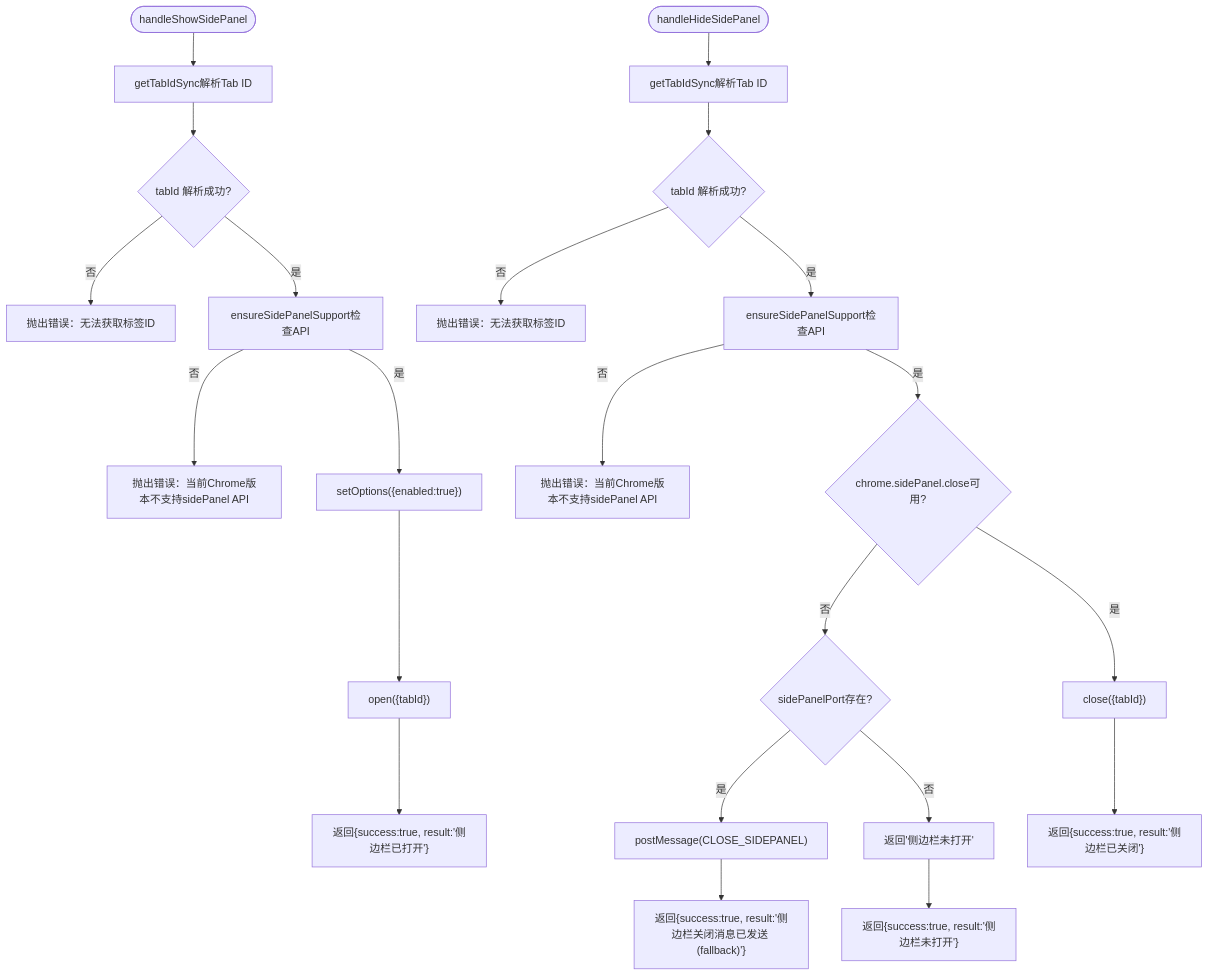
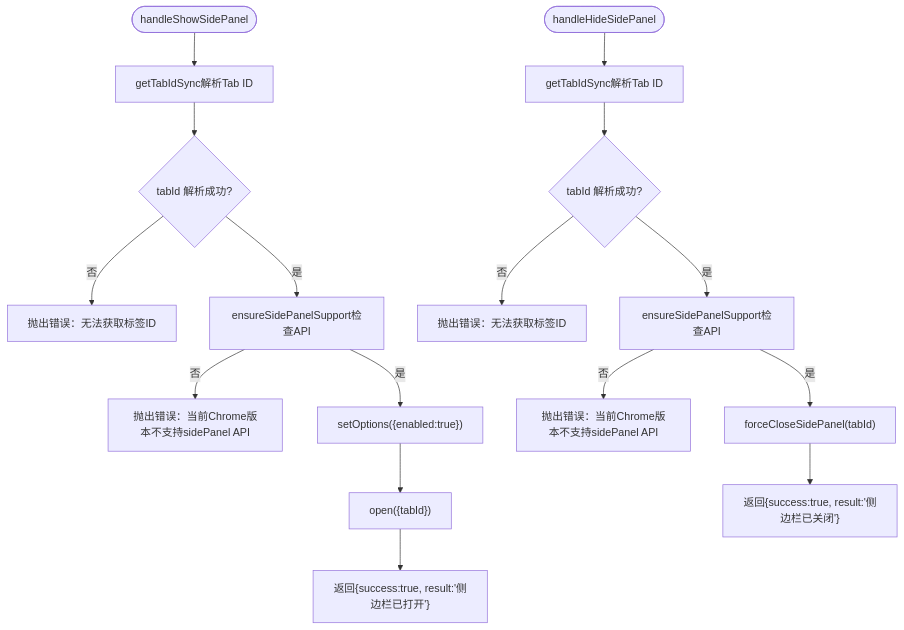
Diagram 13 of 14 in .qoder/repowiki/zh/content/扩展入口点/Background Script.md (liaolongdong/account-password-helper), drawn with Mermaid before and after one commit. The commit also changed other lines of this file and 7 other files, not shown here.

````diff
--- a/.qoder/repowiki/zh/content/扩展入口点/Background Script.md
+++ b/.qoder/repowiki/zh/content/扩展入口点/Background Script.md
@@ -451,24 +600,18 @@
 ```mermaid
 flowchart TD
 SStart(["handleShowSidePanel"]) --> ParseTab["getTabIdSync解析Tab ID"]
 ParseTab --> CheckTab{"tabId 解析成功?"}
 CheckTab --> |否| Err1["抛出错误：无法获取标签ID"]
 CheckTab --> |是| CheckAPI["ensureSidePanelSupport检查API"]
 CheckAPI --> |否| Err2["抛出错误：当前Chrome版本不支持sidePanel API"]
 CheckAPI --> |是| Enable["setOptions({enabled:true})"]
 Enable --> Open["open({tabId})"]
 Open --> Done1["返回{success:true, result:'侧边栏已打开'}"]
 HStart(["handleHideSidePanel"]) --> ParseTab2["getTabIdSync解析Tab ID"]
 ParseTab2 --> CheckTab2{"tabId 解析成功?"}
 CheckTab2 --> |否| Err3["抛出错误：无法获取标签ID"]
 CheckTab2 --> |是| CheckAPI2["ensureSidePanelSupport检查API"]
 CheckAPI2 --> |否| Err4["抛出错误：当前Chrome版本不支持sidePanel API"]
-CheckAPI2 --> |是| CheckClose{"chrome.sidePanel.close可用?"}
-CheckClose --> |是| Close["close({tabId})"]
-CheckClose --> |否| CheckPort{"sidePanelPort存在?"}
-CheckPort --> |是| PortClose["postMessage(CLOSE_SIDEPANEL)"]
-CheckPort --> |否| NoOpen["返回'侧边栏未打开'"]
-Close --> Done2["返回{success:true, result:'侧边栏已关闭'}"]
-PortClose --> Done3["返回{success:true, result:'侧边栏关闭消息已发送 (fallback)'}"]
-NoOpen --> Done4["返回{success:true, result:'侧边栏未打开'}"]
+CheckAPI2 --> |是| ForceClose["forceCloseSidePanel(tabId)"]
+ForceClose --> Done2["返回{success:true, result:'侧边栏已关闭'}"]
 ```
````
